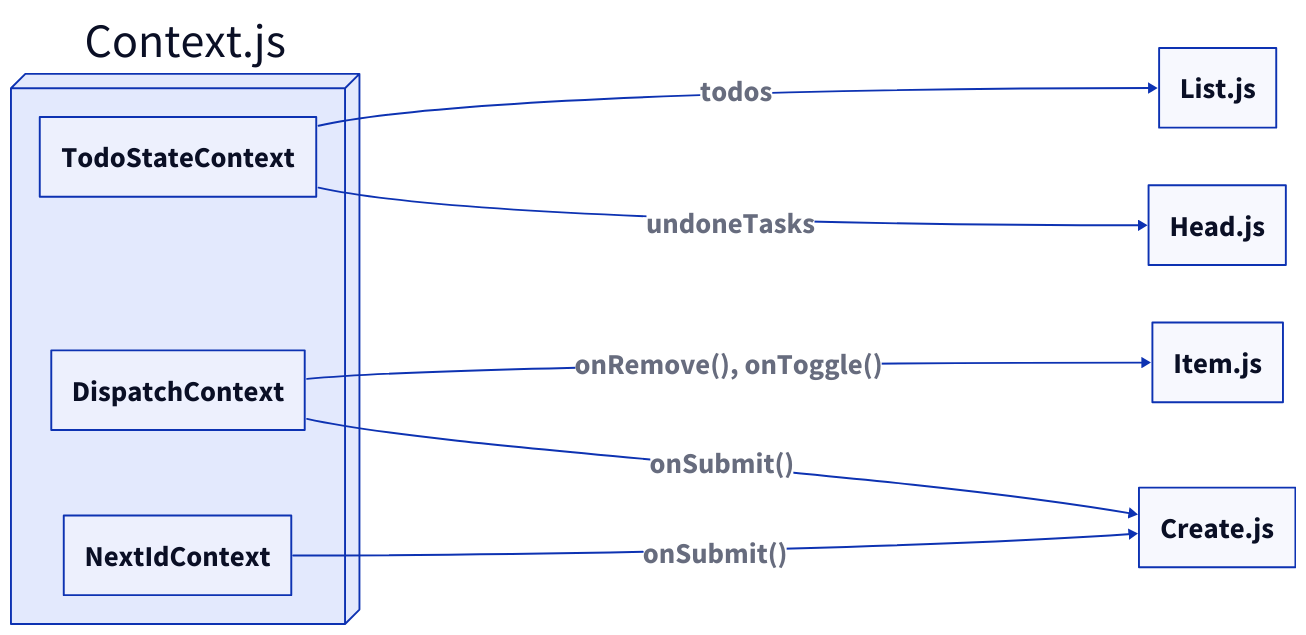
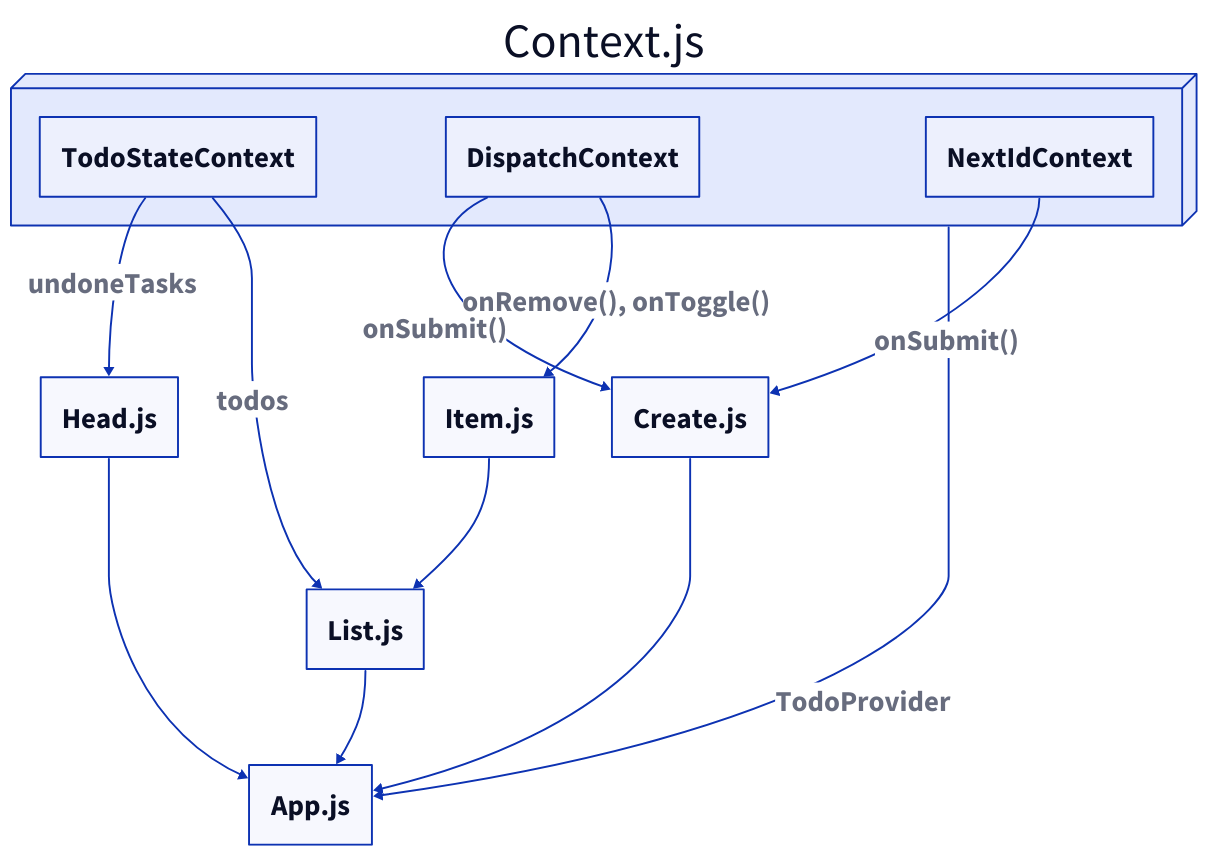
The diagram in React/Basic_TodoList/todo.d2 (PeterCha90/TIL), drawn with D2 before and after one commit. The commit also changed 6 other files, not shown here.

```diff
--- a/React/Basic_TodoList/todo.d2
+++ b/React/Basic_TodoList/todo.d2
@@ -1,83 +1,99 @@
 # Settings
-direction: right
+direction: down
 
 # Item Declaration
+app: App.js {
+  style: {
+    font-size: 30
+  }
+}
 head: Head.js {
   style: {
     font-size: 30
   }
 }
 
 item: Item.js {
   style: {
     font-size: 30
   }
 }
 create: Create.js {
   style: {
     font-size: 30
   }
 }
 list: List.js {
   style: {
     font-size: 30
   }
 }
 context: Context.js {
   style: {
     font-size: 50
   }
 }
 
 # Design
 context.style.3d: true
 context.todostate: TodoStateContext {
   style: {
     font-size: 30
   }
 }
 context.dispatchstate: DispatchContext {
   style: {
     font-size: 30
   }
 }
 context.nextidstate: NextIdContext {
   style: {
     font-size: 30
   }
 }
 
 # Diagrams 
 context.todostate -> head: undoneTasks {
   style: {
     font-size: 30
     bold: true
   }
 }
 
 context.todostate -> list: todos {
   style: {
     font-size: 30
     bold: true
   }
 }
 
 context.dispatchstate -> create: onSubmit() {
   style: {
     font-size: 30
     bold: true
   }
 }
 context.dispatchstate -> item: onRemove(), onToggle() {
   style: {
     font-size: 30
     bold: true
   }
 }
 
 context.nextidstate -> create: onSubmit() {
   style: {
     font-size: 30
     bold: true
   }
 }
+
+item -> list
+list -> app
+create -> app
+head -> app
+context -> app: TodoProvider {
+  style: {
+    font-size: 30
+    bold: true
+  }
+}
```
